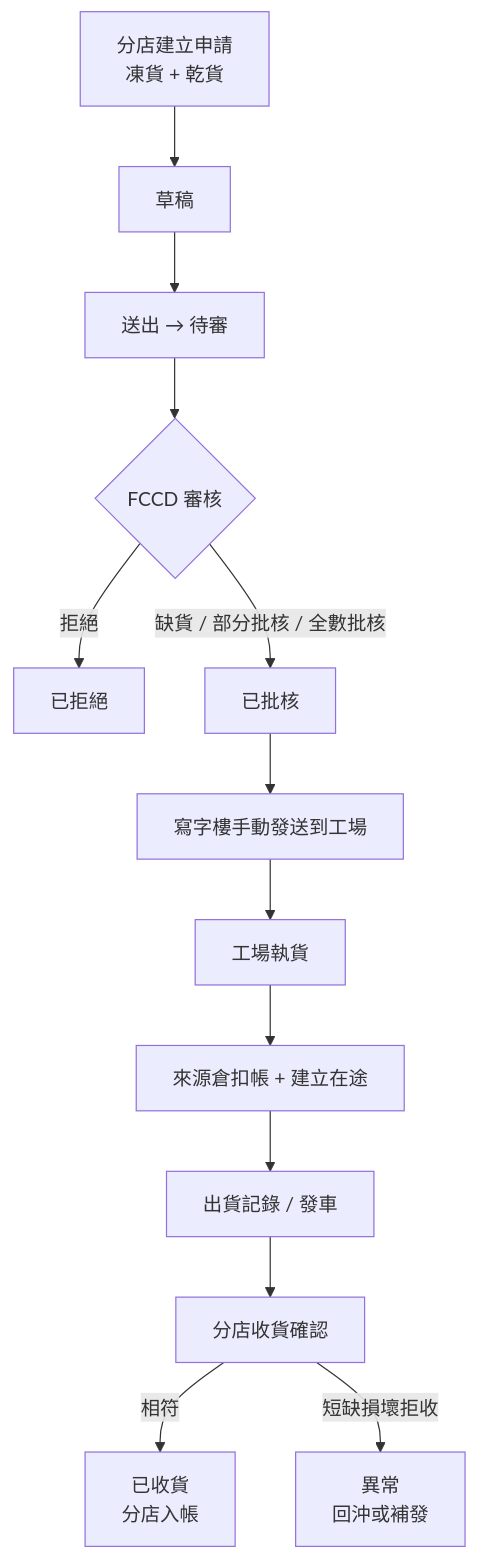
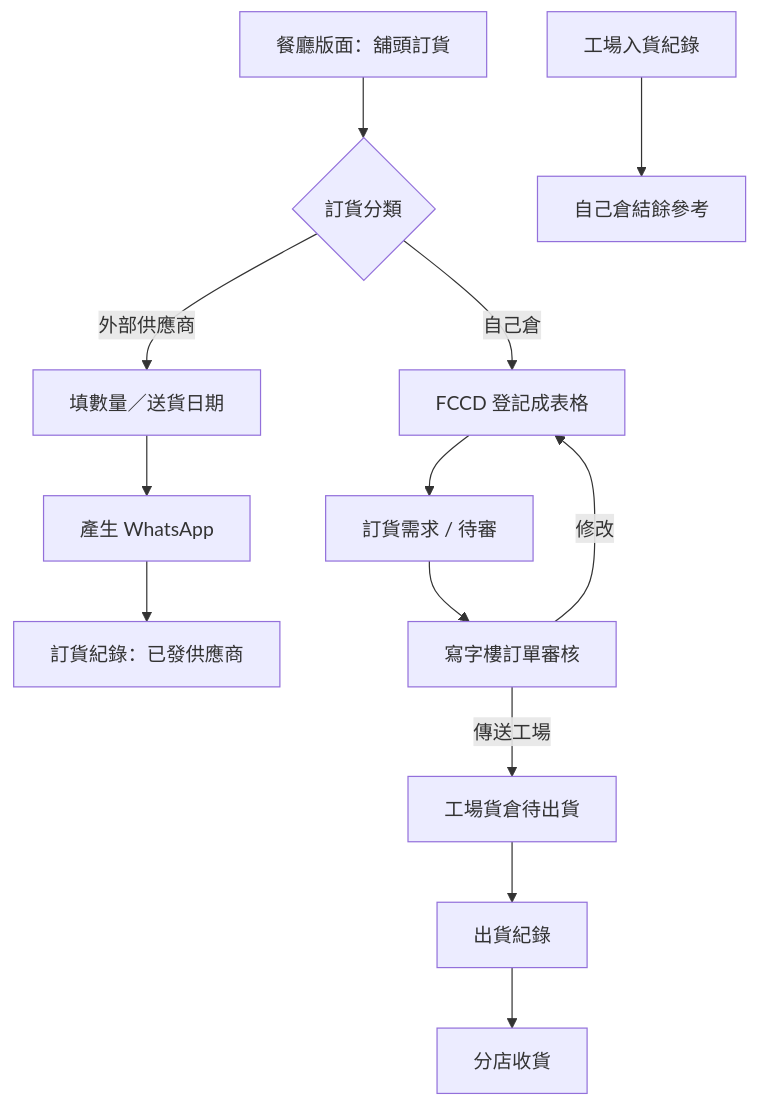
The diagram in docs/SHOP_REPLENISHMENT_AND_HR_PRD.md (benjaken/fccd), drawn with Mermaid before and after one commit. The commit also changed other lines of this file and 1 other file, not shown here.

````diff
--- a/docs/SHOP_REPLENISHMENT_AND_HR_PRD.md
+++ b/docs/SHOP_REPLENISHMENT_AND_HR_PRD.md
@@ -146,15 +168,15 @@
 ```mermaid
 flowchart TD
-  A["分店建立申請\n凍貨 + 乾貨"] --> B["草稿"]
-  B --> C["送出 → 待審"]
-  C --> D{"FCCD 審核"}
-  D -->|拒絕| E["已拒絕"]
-  D -->|缺貨 / 部分批核 / 全數批核| F["已批核"]
-  F --> G["寫字樓手動發送到工場"]
-  G --> H["工場執貨"]
-  H --> I["來源倉扣帳 + 建立在途"]
-  I --> J["出貨記錄 / 發車"]
-  J --> K["分店收貨確認"]
-  K -->|相符| L["已收貨\n分店入帳"]
-  K -->|短缺損壞拒收| M["異常\n回沖或補發"]
+  A["餐廳版面：舖頭訂貨"] --> B{"訂貨分類"}
+  B -->|外部供應商| C["填數量／送貨日期"]
+  C --> D["產生 WhatsApp"]
+  D --> E["訂貨紀錄：已發供應商"]
+  B -->|自己倉| F["FCCD 登記成表格"]
+  F --> G["訂貨需求 / 待審"]
+  G --> H["寫字樓訂單審核"]
+  H -->|修改| F
+  H -->|傳送工場| I["工場貨倉待出貨"]
+  I --> J["出貨紀錄"]
+  J --> K["分店收貨"]
+  L["工場入貨紀錄"] --> M["自己倉結餘參考"]
 ```
````
